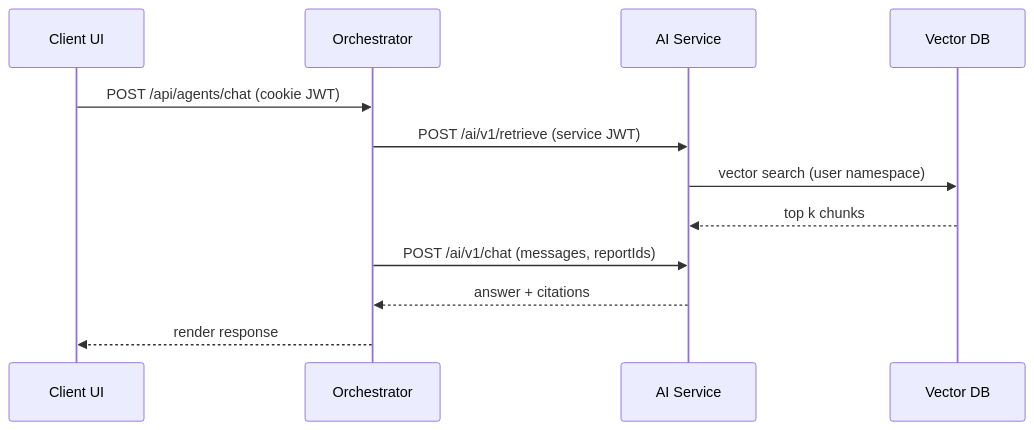
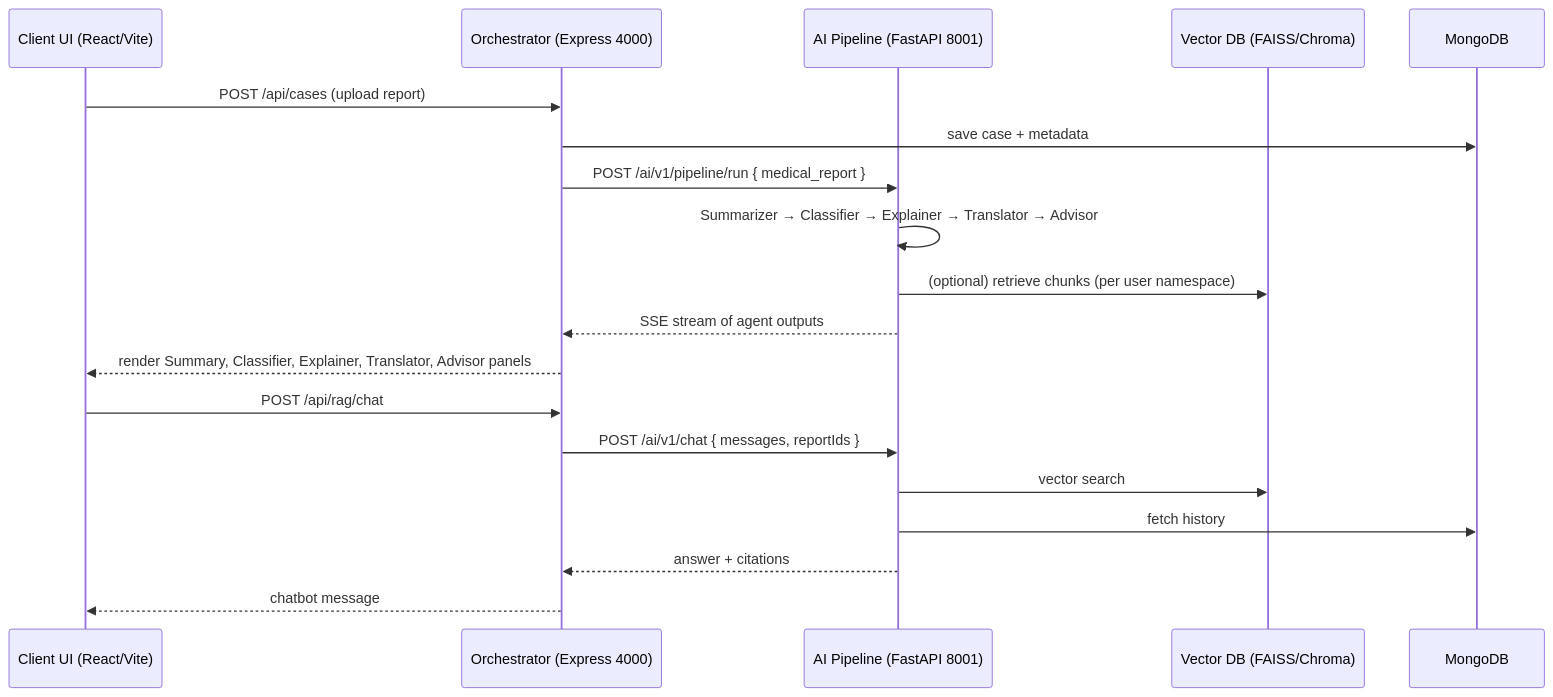
The second of 7 diagrams in README.md (kavindugit/medscribe-Agent), drawn with Mermaid before and after one commit.

````diff
--- a/README.md
+++ b/README.md
@@ -98,15 +98,22 @@
 ```mermaid
 sequenceDiagram
-  participant UI as Client UI
-  participant EX as Orchestrator
-  participant AI as AI Service
-  participant V as Vector DB
+  participant UI as Client UI (React/Vite)
+  participant EX as Orchestrator (Express 4000)
+  participant AI as AI Pipeline (FastAPI 8001)
+  participant V as Vector DB (FAISS/Chroma)
+  participant M as MongoDB
 
-  UI->>EX: POST /api/agents/chat (cookie JWT)
-  EX->>AI: POST /ai/v1/retrieve (service JWT)
-  AI->>V: vector search (user namespace)
-  V-->>AI: top k chunks
-  EX->>AI: POST /ai/v1/chat (messages, reportIds)
+  UI->>EX: POST /api/cases (upload report)
+  EX->>M: save case + metadata
+  EX->>AI: POST /ai/v1/pipeline/run { medical_report }
+  AI->>AI: Summarizer → Classifier → Explainer → Translator → Advisor
+  AI->>V: (optional) retrieve chunks (per user namespace)
+  AI-->>EX: SSE stream of agent outputs
+  EX-->>UI: render Summary, Classifier, Explainer, Translator, Advisor panels
+  UI->>EX: POST /api/rag/chat
+  EX->>AI: POST /ai/v1/chat { messages, reportIds }
+  AI->>V: vector search
+  AI->>M: fetch history
   AI-->>EX: answer + citations
-  EX-->>UI: render response
+  EX-->>UI: chatbot message
 ```
````
